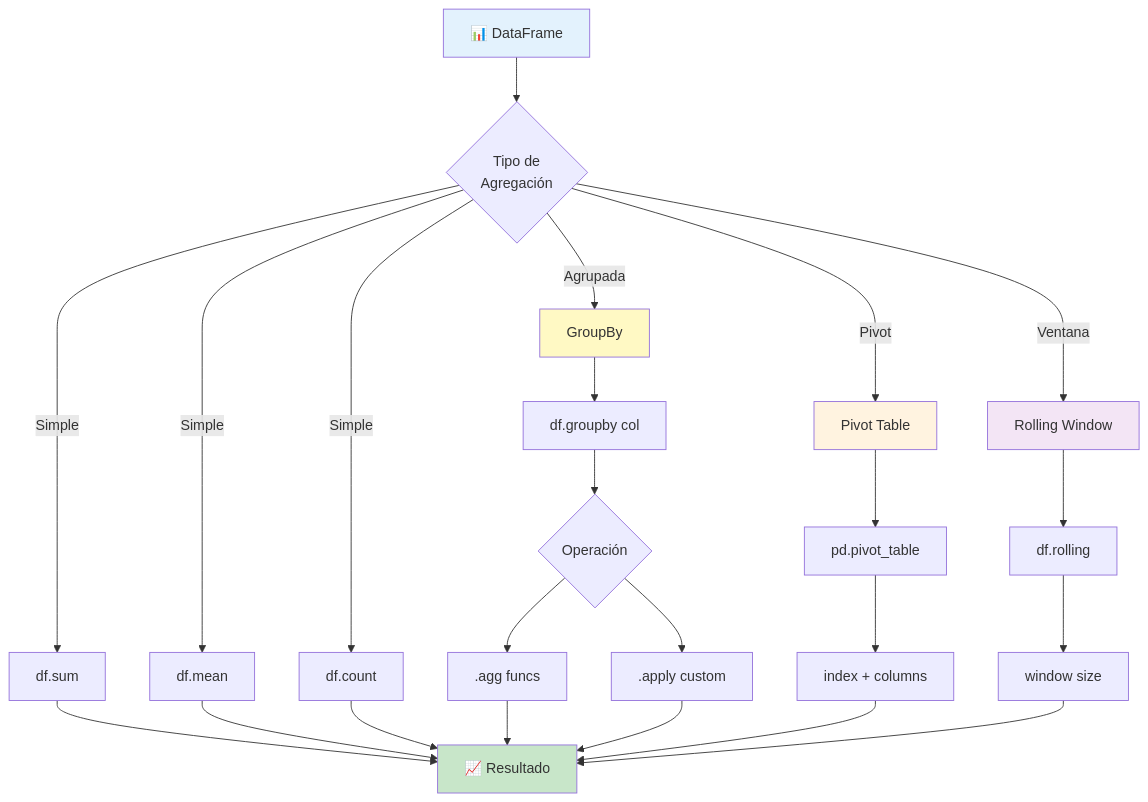
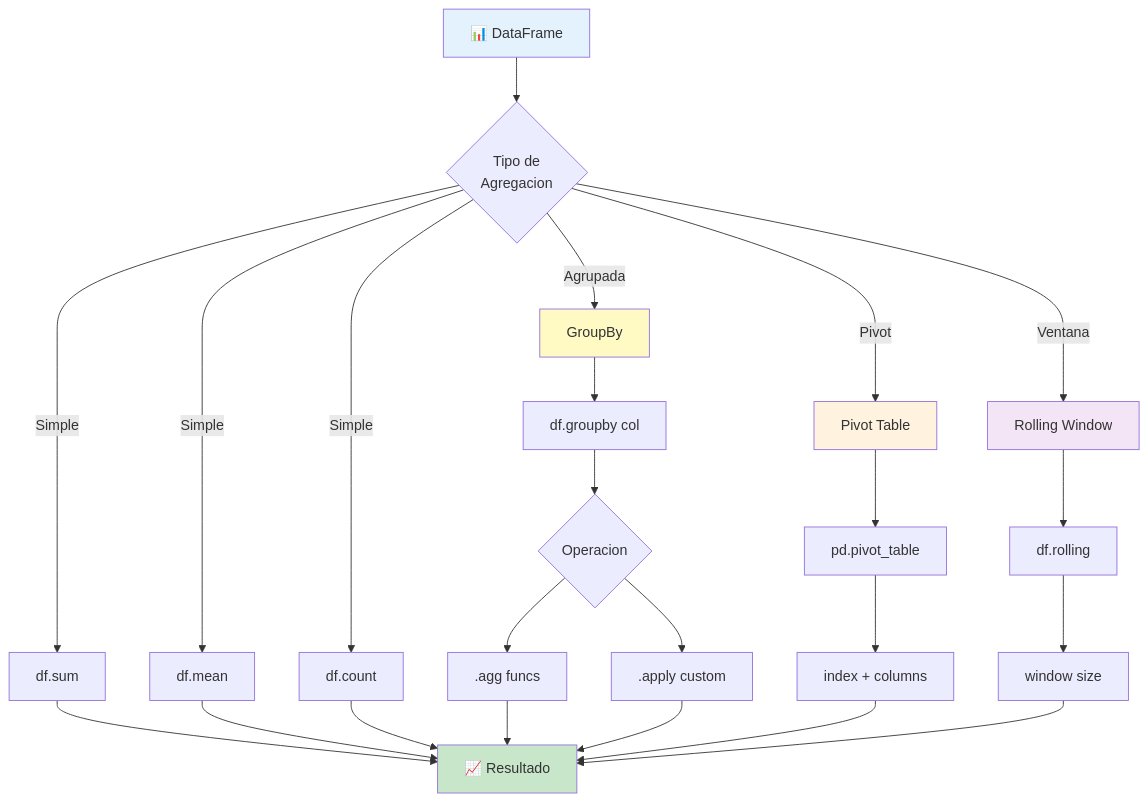
The eighth of 8 diagrams in modules/module-04-python-for-data/assets/diagrams/data-flow.md (nanlabs/nan-data-engineering-labs), drawn with Mermaid before and after one commit. The commit also changed other lines of this file and 23 other files, not shown here.

````diff
--- a/modules/module-04-python-for-data/assets/diagrams/data-flow.md
+++ b/modules/module-04-python-for-data/assets/diagrams/data-flow.md
@@ -321,36 +321,36 @@
 ```mermaid
 flowchart TD
-    A[📊 DataFrame] --> B{Tipo de<br/>Agregación}
+    A[📊 DataFrame] --> B{Tipo de<br/>Agregacion}
     
     B -->|Simple| C[df.sum]
     B -->|Simple| D[df.mean]
     B -->|Simple| E[df.count]
     
     B -->|Agrupada| F[GroupBy]
     F --> G[df.groupby col]
-    G --> H{Operación}
+    G --> H{Operacion}
     H --> I[.agg funcs]
     H --> J[.apply custom]
     
     B -->|Pivot| K[Pivot Table]
     K --> L[pd.pivot_table]
     L --> M[index + columns]
     
     B -->|Ventana| N[Rolling Window]
     N --> O[df.rolling]
     O --> P[window size]
     
     C --> Q[📈 Resultado]
     D --> Q
     E --> Q
     I --> Q
     J --> Q
     M --> Q
     P --> Q
     
     style A fill:#e3f2fd
     style F fill:#fff9c4
     style K fill:#fff3e0
     style N fill:#f3e5f5
     style Q fill:#c8e6c9
 ```
````
